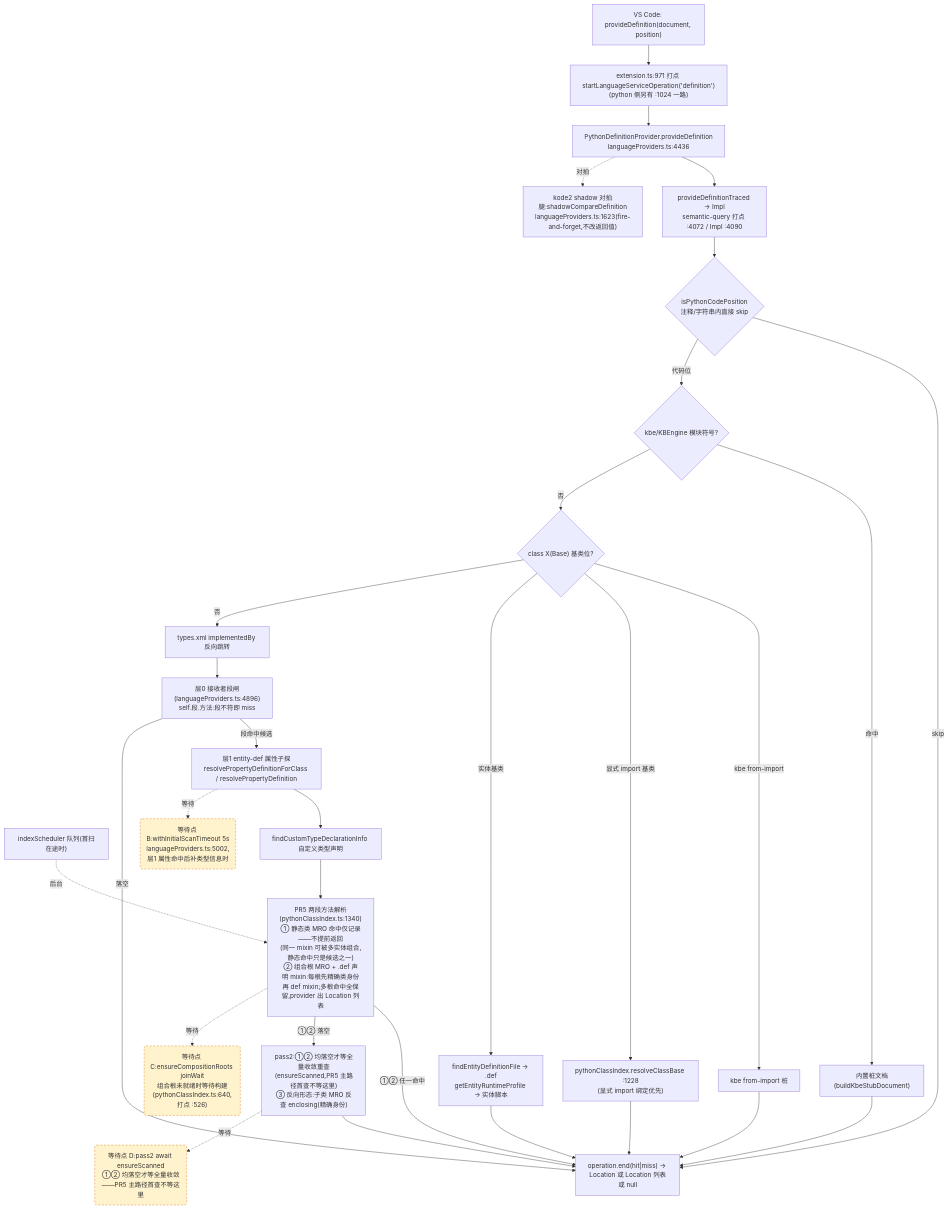
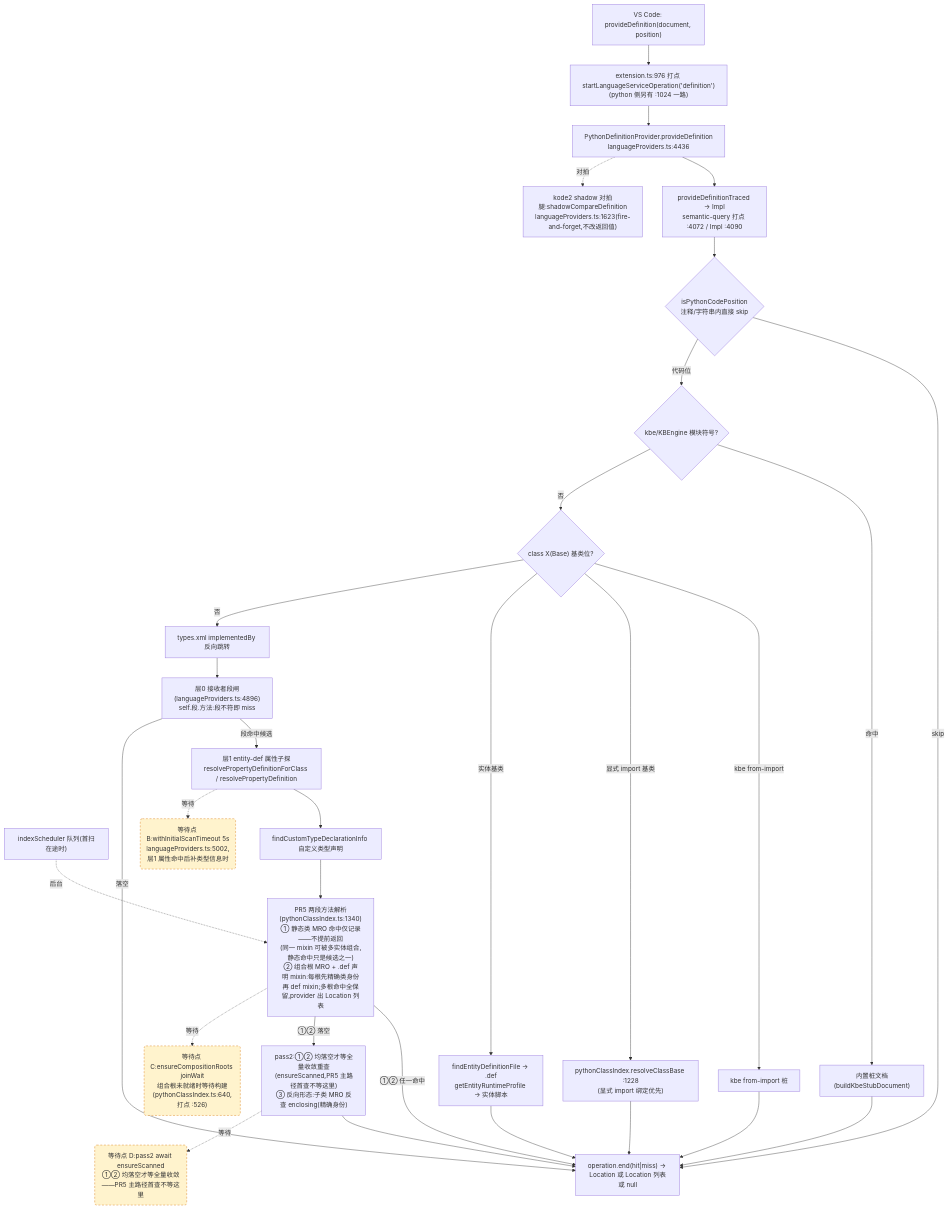
One commit to cuihairu/kode changed the second of 4 diagrams in docs/perf/2026-baseline.md. Above: the diagram before and after it, drawn with Mermaid. The commit also changed other lines of this file and 10 other files, not shown here.

````diff
--- a/docs/perf/2026-baseline.md
+++ b/docs/perf/2026-baseline.md
@@ -130,51 +130,51 @@
 ```mermaid
 flowchart TD
   VC2["VS Code: provideDefinition(document, position)"]
-  M2["extension.ts:971 打点 startLanguageServiceOperation('definition')<br/>(python 侧另有 :1024 一路)"]
+  M2["extension.ts:976 打点 startLanguageServiceOperation('definition')<br/>(python 侧另有 :1024 一路)"]
   AD2["PythonDefinitionProvider.provideDefinition<br/>languageProviders.ts:4436"]
   TR["provideDefinitionTraced → Impl<br/>semantic-query 打点 :4072 / Impl :4090"]
   CTX{"isPythonCodePosition<br/>注释/字符串内直接 skip"}
   KBE{"kbe/KBEngine 模块符号?"}
   STUB["内置桩文档(buildKbeStubDocument)"]
   CB{"class X(Base) 基类位?"}
   CB1["kbe from-import 桩"]
   CB2["pythonClassIndex.resolveClassBase :1228<br/>(显式 import 绑定优先)"]
   CB3["findEntityDefinitionFile → .def<br/>getEntityRuntimeProfile → 实体脚本"]
   REV["types.xml implementedBy 反向跳转"]
   L0["层0 接收者段闸(languageProviders.ts:4896)<br/>self.段.方法:段不符即 miss"]
   L1["层1 entity-def 属性子探<br/>resolvePropertyDefinitionForClass / resolvePropertyDefinition"]
   SCAN["indexScheduler 队列(首扫在途时)"]
   TY["findCustomTypeDeclarationInfo 自定义类型声明"]
   MRO["PR5 两段方法解析(pythonClassIndex.ts:1340)<br/>① 静态类 MRO 命中仅记录——不提前返回<br/>(同一 mixin 可被多实体组合,静态命中只是候选之一)<br/>② 组合根 MRO + .def 声明 mixin:每根先精确类身份<br/>再 def mixin;多根命中全保留,provider 出 Location 列表"]
   PASS2["pass2:①② 均落空才等全量收敛重查<br/>(ensureScanned,PR5 主路径首查不等这里)<br/>③ 反向形态:子类 MRO 反查 enclosing(精确身份)"]
   SHD["kode2 shadow 对拍腿:shadowCompareDefinition<br/>languageProviders.ts:1623(fire-and-forget,不改返回值)"]
   END2["operation.end(hit|miss) → Location 或 Location 列表或 null"]
 
   VC2 --> M2 --> AD2 --> TR --> CTX
   CTX -- "skip" --> END2
   CTX -- "代码位" --> KBE
   KBE -- "命中" --> STUB --> END2
   KBE -- "否" --> CB
   CB -- "kbe from-import" --> CB1 --> END2
   CB -- "显式 import 基类" --> CB2 --> END2
   CB -- "实体基类" --> CB3 --> END2
   CB -- "否" --> REV --> L0
   L0 -- "段命中候选" --> L1
   L0 -- "落空" --> END2
   L1 --> TY
   TY --> MRO
   MRO -- "①② 任一命中" --> END2
   MRO -- "①② 落空" --> PASS2 --> END2
   AD2 -.->|对拍| SHD
 
   WAITB("等待点 B:withInitialScanTimeout 5s<br/>languageProviders.ts:5002,层1 属性命中后补类型信息时")
   WAITC("等待点 C:ensureCompositionRoots joinWait<br/>组合根未就绪时等待构建(pythonClassIndex.ts:640,打点 :526)")
   WAITD("等待点 D:pass2 await ensureScanned<br/>①② 均落空才等全量收敛——PR5 主路径首查不等这里")
   L1 -.->|等待| WAITB
   MRO -.->|等待| WAITC
   PASS2 -.->|等待| WAITD
   SCAN -.->|后台| MRO
 
   classDef waitPoint fill:#fff3cd,stroke:#d97706,stroke-dasharray:5 4;
   class WAITB,WAITC,WAITD waitPoint;
 ```
````
